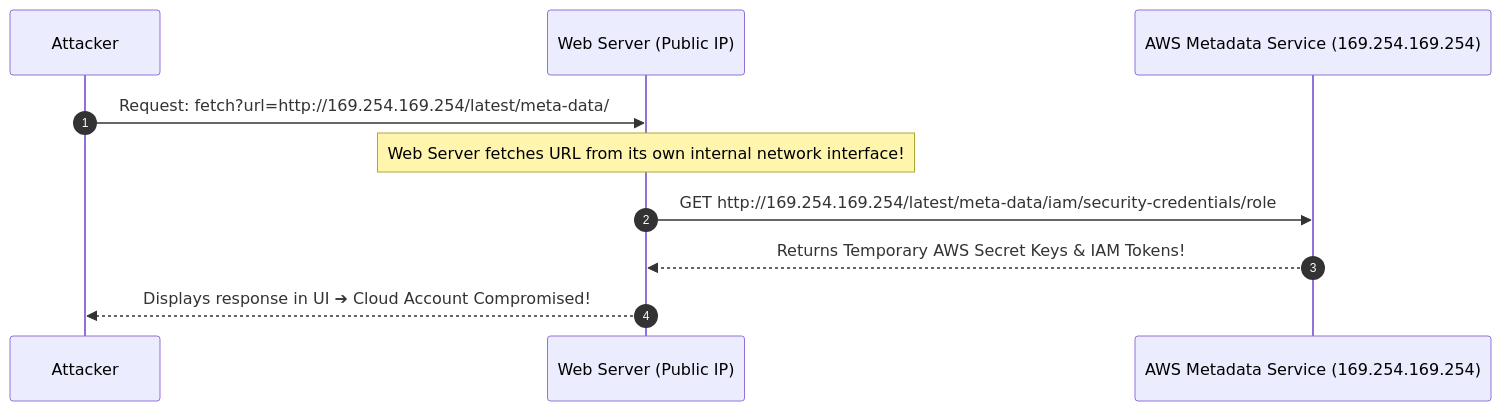
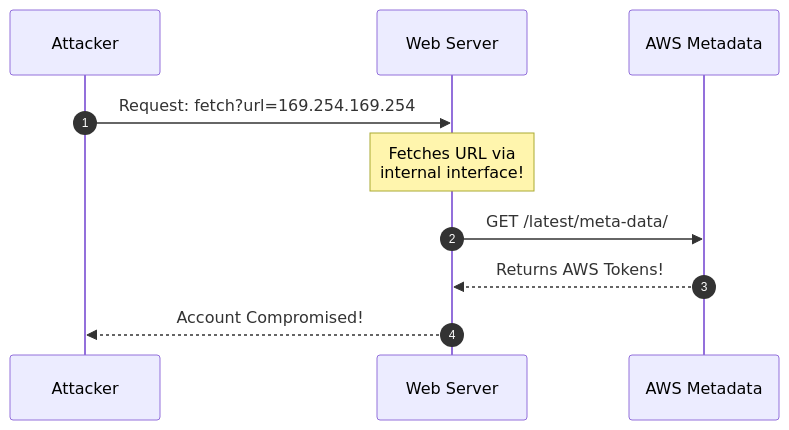
The diagram in topics/26-web-application-security-sqli-and-ssrf/README.md (DaddyZyn/Cyber-security-notes), drawn with Mermaid before and after one commit. The commit also changed 7 other files, not shown here.

Commit message:
fix: reformat all diagrams in modules 20-27 with ultra-short line wrapping to prevent GitHub SVG text clipping

````diff
--- a/topics/26-web-application-security-sqli-and-ssrf/README.md
+++ b/topics/26-web-application-security-sqli-and-ssrf/README.md
@@ -72,13 +72,13 @@
 ```mermaid
 sequenceDiagram
     autonumber
     participant Attacker as Attacker
-    participant Web as Web Server (Public IP)
-    participant Cloud as AWS Metadata Service (169.254.169.254)
+    participant Web as Web Server
+    participant Cloud as AWS Metadata
 
-    Attacker->>Web: Request: fetch?url=http://169.254.169.254/latest/meta-data/
-    Note over Web: Web Server fetches URL from its own internal network interface!
-    Web->>Cloud: GET http://169.254.169.254/latest/meta-data/iam/security-credentials/role
-    Cloud-->>Web: Returns Temporary AWS Secret Keys & IAM Tokens!
-    Web-->>Attacker: Displays response in UI ➔ Cloud Account Compromised!
+    Attacker->>Web: Request: fetch?url=169.254.169.254
+    Note over Web: Fetches URL via<br/>internal interface!
+    Web->>Cloud: GET /latest/meta-data/
+    Cloud-->>Web: Returns AWS Tokens!
+    Web-->>Attacker: Account Compromised!
 ```
````
